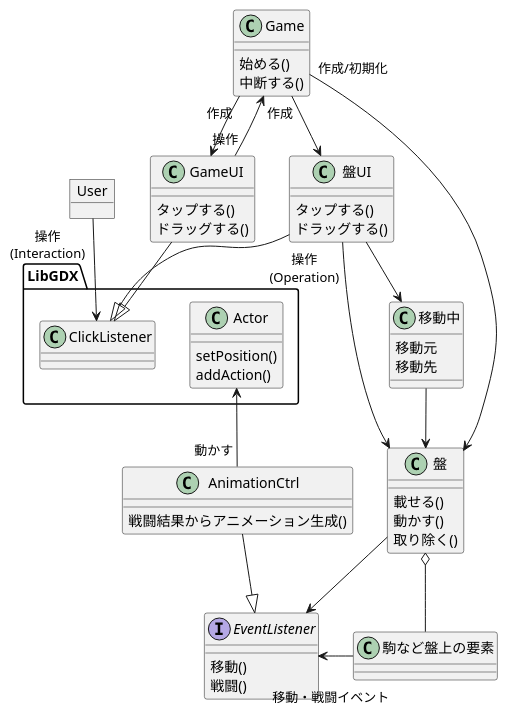
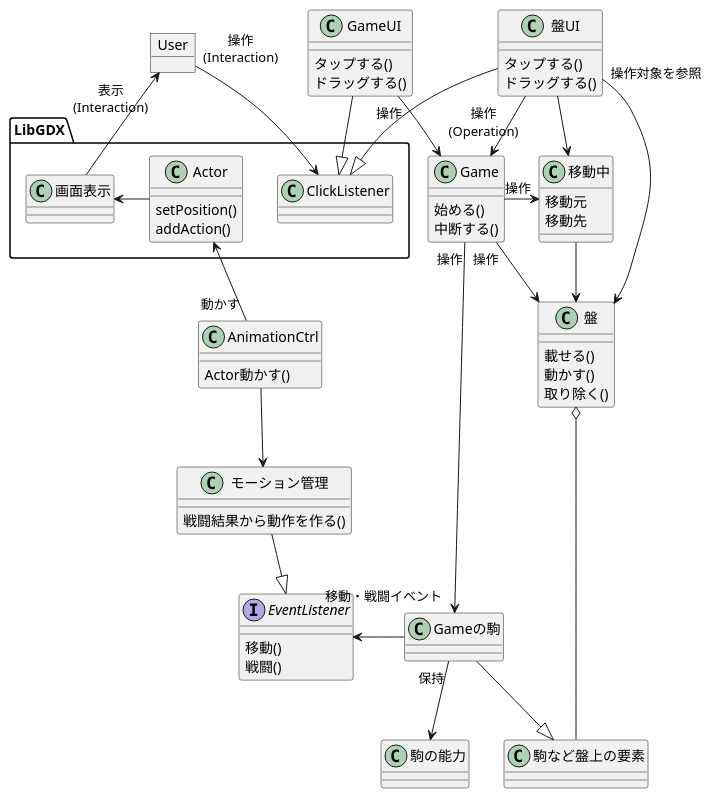
One commit to turanukimaru/fehs changed the diagram in uml/uml3/usecaseE.puml. Above: the diagram before and after it, drawn with PlantUML. The commit also changed 105 other files, not shown here.

```diff
--- a/uml/uml3/usecaseE.puml
+++ b/uml/uml3/usecaseE.puml
@@ -1,54 +1,63 @@
 @startuml
 
 object User
 class Game{
 始める()
 中断する()
 }
 class 盤UI{
 タップする()
 ドラッグする()
 }
 class GameUI{
 タップする()
 ドラッグする()
 }
 package LibGDX{
+Actor -> 画面表示
 class ClickListener
 class Actor{
 setPosition()
 addAction()
 }
 }
 class 盤{
 載せる()
 動かす()
 取り除く()
 }
 class 移動中{
 移動元
 移動先
 }
 interface EventListener{
 移動()
 戦闘()
 }
+
+class モーション管理{
+戦闘結果から動作を作る()
+}
 class AnimationCtrl{
-戦闘結果からアニメーション生成()
+Actor動かす()
 }
 User "操作\n(Interaction)" --> ClickListener
 盤UI --|> ClickListener
 GameUI --|> ClickListener
-Game "作成"--> 盤UI
 GameUI "操作"--> Game
-Game "作成"--> GameUI
-盤UI "操作\n(Operation)"--> 盤
+盤UI "操作\n(Operation)"--> Game
+盤UI "操作対象を参照"--> 盤
 盤UI --> 移動中
 移動中 --> 盤
-Game  "作成/初期化"--> 盤
+Game  "操作"--> 盤
+Game  "操作"--> Gameの駒
+Game  "操作"-right-> 移動中
 盤 o-- 駒など盤上の要素
-盤 --> EventListener
-駒など盤上の要素 "移動・戦闘イベント"-left-> EventListener
-AnimationCtrl --|> EventListener
+Gameの駒 --|> 駒など盤上の要素
+Gameの駒 "移動・戦闘イベント"-left-> EventListener
+Gameの駒 "保持"--> 駒の能力
+モーション管理 --|> EventListener
+AnimationCtrl --> モーション管理
 AnimationCtrl "動かす"-up-> Actor
+画面表示  -up->"表示\n(Interaction)" User
 @enduml
```
